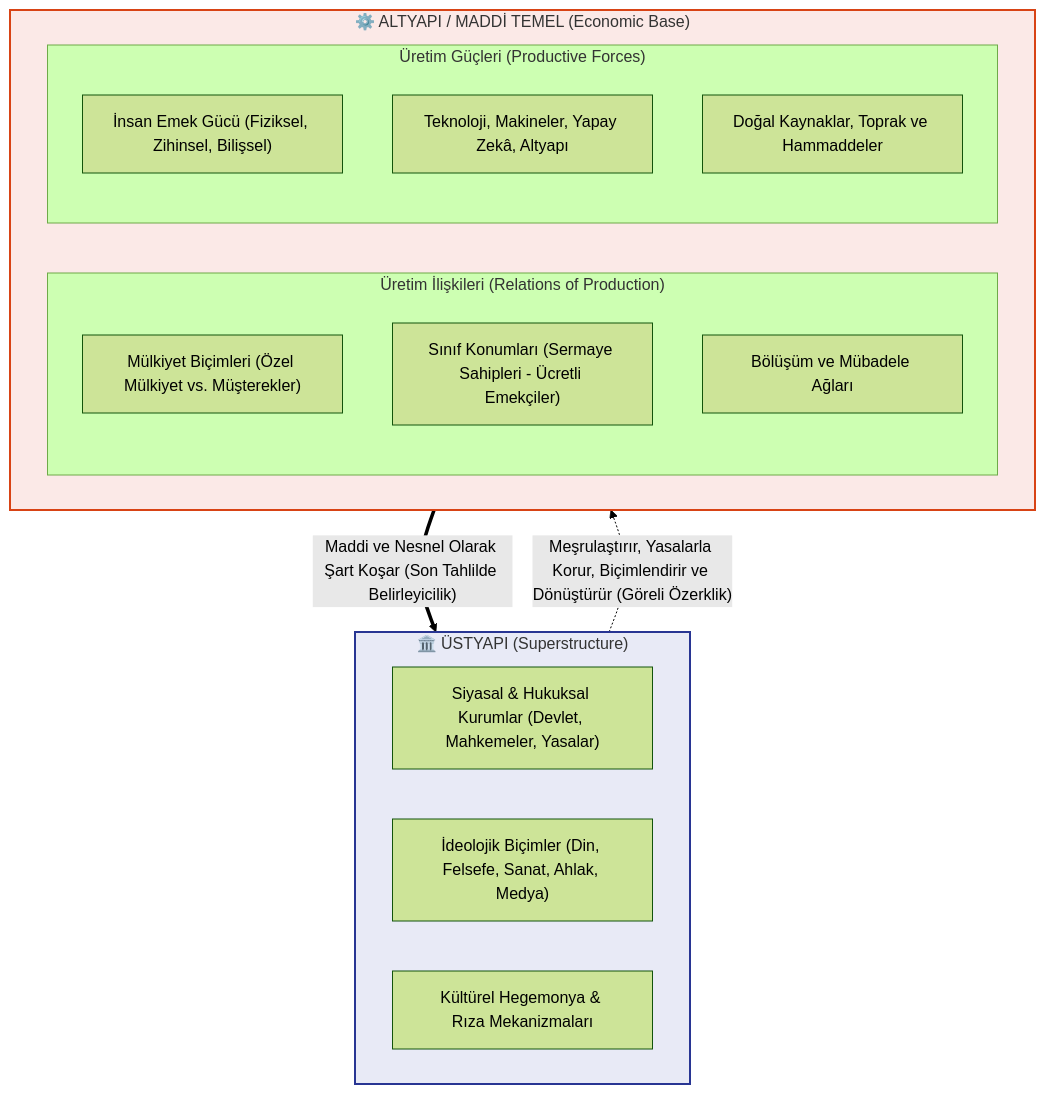
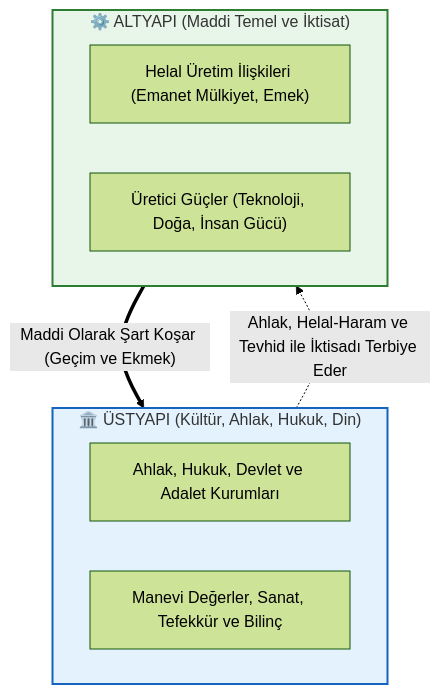
Before and after one commit to arch-yunus/marksizm-okumalari: the first of 2 diagrams in README.md, drawn with Mermaid (forest theme). The commit also changed other lines of this file and 1 other file, not shown here.

Commit message:
feat: repo musluman arastirmaci bakis acisiyla bastan dizayn edildi, tevhid, adalet, ekonomi politik ve elestirel mukayese rehberi eklendi

````diff
--- a/README.md
+++ b/README.md
@@ -95,29 +83,20 @@
 ```mermaid
 flowchart TD
-    subgraph ÜSTYAPI ["🏛️ ÜSTYAPI (Superstructure)"]
-        U1["Siyasal & Hukuksal Kurumlar (Devlet, Mahkemeler, Yasalar)"]
-        U2["İdeolojik Biçimler (Din, Felsefe, Sanat, Ahlak, Medya)"]
-        U3["Kültürel Hegemonya & Rıza Mekanizmaları"]
+    subgraph ÜSTYAPI ["🏛️ ÜSTYAPI (Kültür, Ahlak, Hukuk, Din)"]
+        U1["Ahlak, Hukuk, Devlet ve Adalet Kurumları"]
+        U2["Manevi Değerler, Sanat, Tefekkür ve Bilinç"]
     end
 
-    subgraph ALTYAPI ["⚙️ ALTYAPI / MADDİ TEMEL (Economic Base)"]
-        subgraph Üretim_İlişkileri ["Üretim İlişkileri (Relations of Production)"]
-            R1["Mülkiyet Biçimleri (Özel Mülkiyet vs. Müşterekler)"]
-            R2["Sınıf Konumları (Sermaye Sahipleri - Ücretli Emekçiler)"]
-            R3["Bölüşüm ve Mübadele Ağları"]
-        end
-        subgraph Üretim_Güçleri ["Üretim Güçleri (Productive Forces)"]
-            F1["İnsan Emek Gücü (Fiziksel, Zihinsel, Bilişsel)"]
-            F2["Teknoloji, Makineler, Yapay Zekâ, Altyapı"]
-            F3["Doğal Kaynaklar, Toprak ve Hammaddeler"]
-        end
+    subgraph ALTYAPI ["⚙️ ALTYAPI (Maddi Temel ve İktisat)"]
+        A1["Helal Üretim İlişkileri (Emanet Mülkiyet, Emek)"]
+        A2["Üretici Güçler (Teknoloji, Doğa, İnsan Gücü)"]
     end
 
-    ALTYAPI ==>|"Maddi ve Nesnel Olarak Şart Koşar (Son Tahlilde Belirleyicilik)"| ÜSTYAPI
-    ÜSTYAPI -.->|"Meşrulaştırır, Yasalarla Korur, Biçimlendirir ve Dönüştürür (Göreli Özerklik)"| ALTYAPI
+    ALTYAPI ==>|"Maddi Olarak Şart Koşar (Geçim ve Ekmek)"| ÜSTYAPI
+    ÜSTYAPI -.->|"Ahlak, Helal-Haram ve Tevhid ile İktisadı Terbiye Eder"| ALTYAPI
 
-    classDef baseStyle fill:#fbe9e7,stroke:#d84315,stroke-width:2px;
-    classDef superStyle fill:#e8eaf6,stroke:#283593,stroke-width:2px;
+    classDef baseStyle fill:#e8f5e9,stroke:#2e7d32,stroke-width:2px;
+    classDef superStyle fill:#e3f2fd,stroke:#1565c0,stroke-width:2px;
     class ALTYAPI baseStyle;
     class ÜSTYAPI superStyle;
 ```
````
